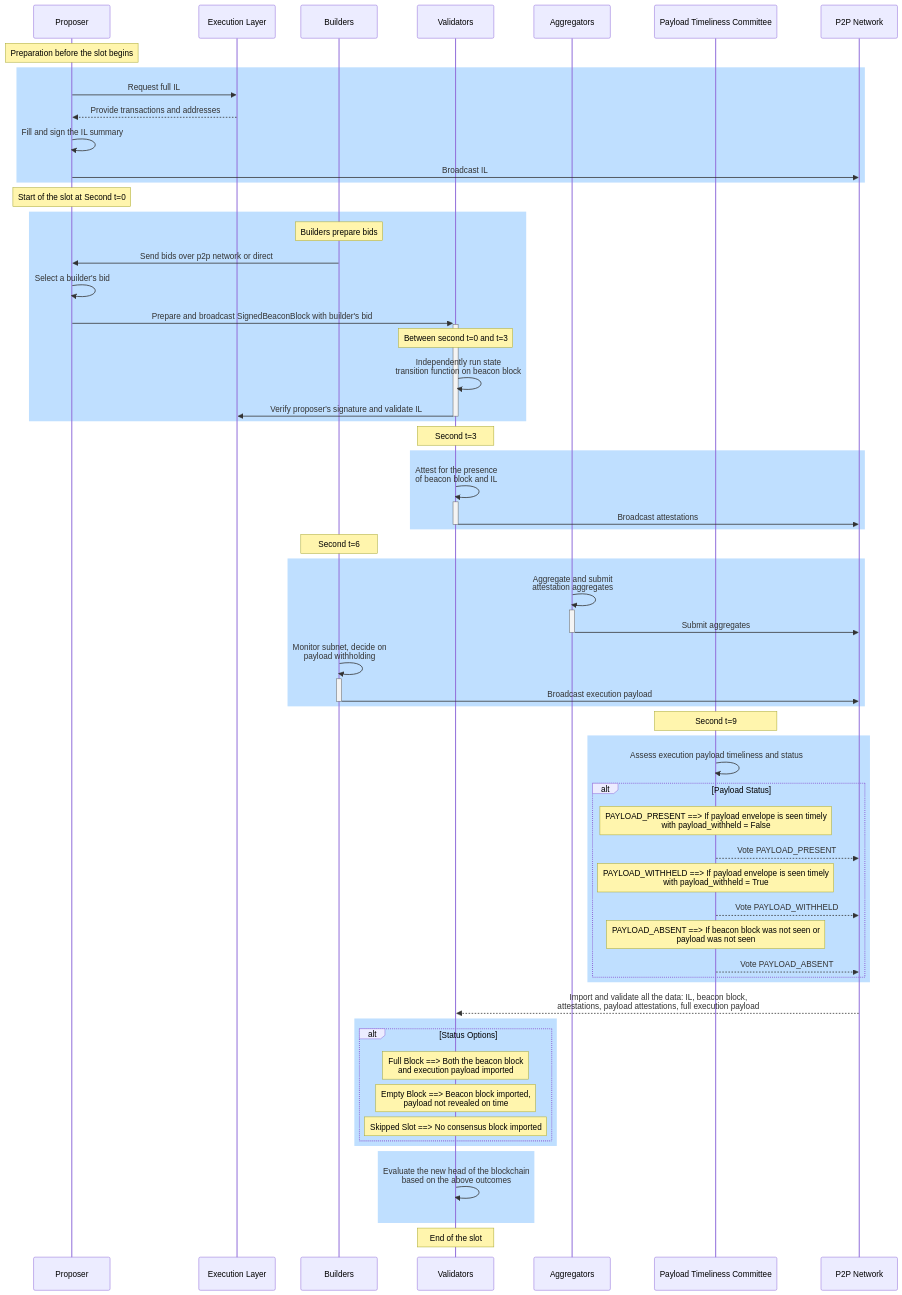
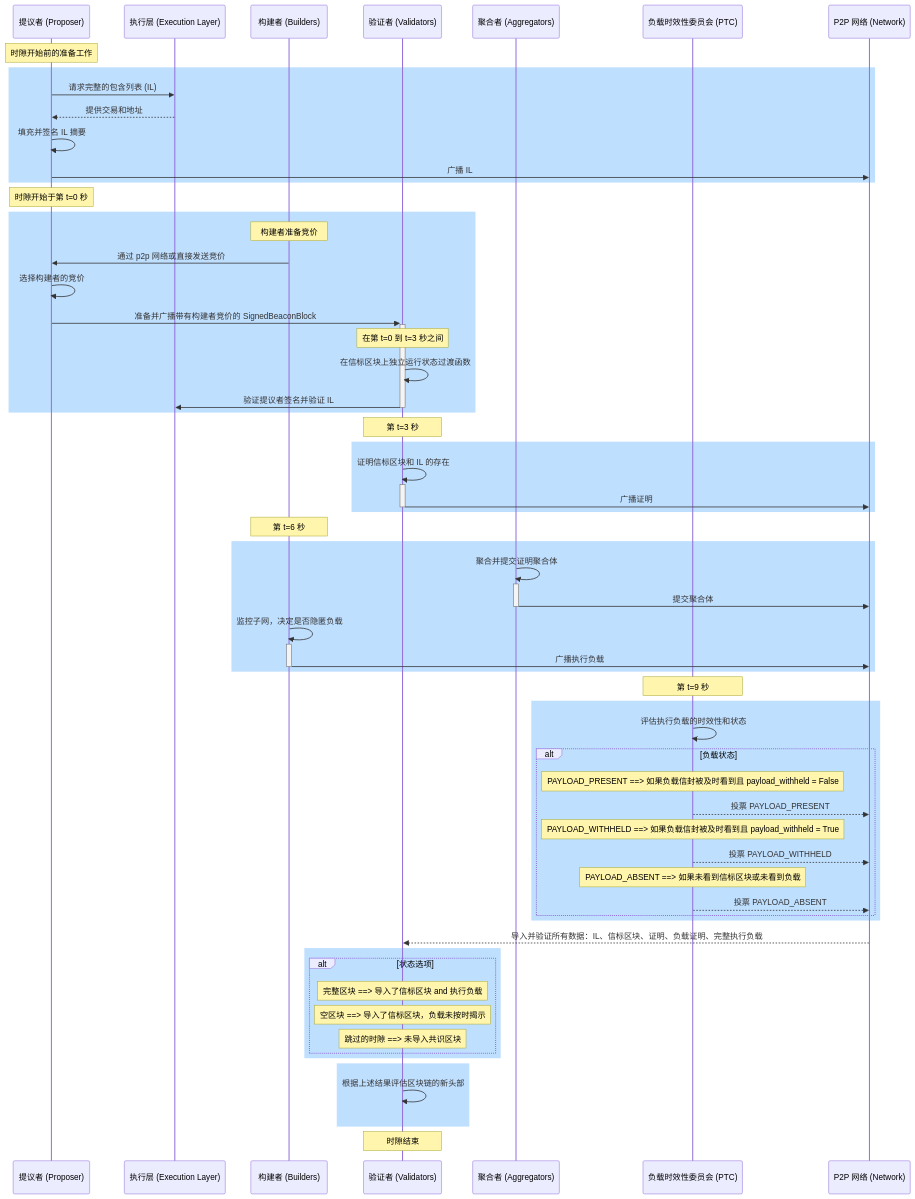
Before and after one commit to Carl040814/knowledge-base: the diagram in epf/research/PBS/ePBS-Specs.md, drawn with Mermaid. The commit also changed other lines of this file and 74 other files, not shown here.

````diff
--- a/epf/research/PBS/ePBS-Specs.md
+++ b/epf/research/PBS/ePBS-Specs.md
@@ -50,76 +45,70 @@
 ```mermaid
 sequenceDiagram
-    participant Proposer
-    participant EL as Execution Layer
-    participant Builders
-    participant Validators
-        participant Aggregators
-    participant PTC as Payload Timeliness Committee
-    participant Network as P2P Network
+    participant Proposer as 提议者 (Proposer)
+    participant EL as 执行层 (Execution Layer)
+    participant Builders as 构建者 (Builders)
+    participant Validators as 验证者 (Validators)
+    participant Aggregators as 聚合者 (Aggregators)
+    participant PTC as 负载时效性委员会 (PTC)
+    participant Network as P2P 网络 (Network)
 
-    
-    Note over Proposer: Preparation before the slot begins
+    Note over Proposer: 时隙开始前的准备工作
     rect rgb(191, 223, 255)
-    Proposer->>EL: Request full IL
-    EL-->>Proposer: Provide transactions and addresses
-    Proposer->>Proposer: Fill and sign the IL summary
-    Proposer->>Network: Broadcast IL
-
+    Proposer->>EL: 请求完整的包含列表 (IL)
+    EL-->>Proposer: 提供交易和地址
+    Proposer->>Proposer: 填充并签名 IL 摘要
+    Proposer->>Network: 广播 IL
     end
 
-    Note over Proposer: Start of the slot at Second t=0
+    Note over Proposer: 时隙开始于第 t=0 秒
     rect rgb(191, 223, 255)
-    Note over Builders: Builders prepare bids
-    Builders->>Proposer: Send bids over p2p network or direct
-    Proposer->>Proposer: Select a builder's bid
-
-    Proposer->>+Validators: Prepare and broadcast SignedBeaconBlock with builder's bid
-
-    Note over Validators: Between second t=0 and t=3
-    Validators->>Validators: Independently run state <br>transition function on beacon block
-    Validators->>-EL: Verify proposer's signature and validate IL
+    Note over Builders: 构建者准备竞价
+    Builders->>Proposer: 通过 p2p 网络或直接发送竞价
+    Proposer->>Proposer: 选择构建者的竞价
+    Proposer->>+Validators: 准备并广播带有构建者竞价的 SignedBeaconBlock
+    Note over Validators: 在第 t=0 到 t=3 秒之间
+    Validators->>Validators: 在信标区块上独立运行状态过渡函数
+    Validators->>-EL: 验证提议者签名并验证 IL
     end
 
-    Note over Validators: Second t=3
+    Note over Validators: 第 t=3 秒
     rect rgb(191, 223, 255)
-    Validators->>+Validators: Attest for the presence<br> of beacon block and IL
-    Validators->>-Network: Broadcast attestations    
+    Validators->>+Validators: 证明信标区块和 IL 的存在
+    Validators->>-Network: 广播证明
     end
 
-    Note over Builders: Second t=6
+    Note over Builders: 第 t=6 秒
     rect rgb(191, 223, 255)
-    Aggregators->>+Aggregators: Aggregate and submit<br> attestation aggregates
-    Aggregators->>-Network: Submit aggregates
+    Aggregators->>+Aggregators: 聚合并提交证明聚合体
+    Aggregators->>-Network: 提交聚合体
+    Builders->>+Builders: 监控子网，决定是否隐匿负载
+    Builders->>-Network: 广播执行负载
+    end
 
-    Builders->>+Builders: Monitor subnet, decide on<br> payload withholding
-    Builders->>-Network: Broadcast execution payload
-    end
-    
-
-    Note over PTC: Second t=9
+    Note over PTC: 第 t=9 秒
     rect rgb(191, 223, 255)
-    PTC->>PTC: Assess execution payload timeliness and status
-    alt Payload Status
-        Note over PTC: PAYLOAD_PRESENT ==> If payload envelope is seen timely <br>with payload_withheld = False
-        PTC-->>Network: Vote PAYLOAD_PRESENT
-        Note over PTC: PAYLOAD_WITHHELD ==> If payload envelope is seen timely <br>with payload_withheld = True
-        PTC-->>Network: Vote PAYLOAD_WITHHELD
-        Note over PTC: PAYLOAD_ABSENT ==> If beacon block was not seen or <br>payload was not seen 
-        PTC-->>Network: Vote PAYLOAD_ABSENT
+    PTC->>PTC: 评估执行负载的时效性和状态
+    alt 负载状态
+        Note over PTC: PAYLOAD_PRESENT ==> 如果负载信封被及时看到且 payload_withheld = False
+        PTC-->>Network: 投票 PAYLOAD_PRESENT
+        Note over PTC: PAYLOAD_WITHHELD ==> 如果负载信封被及时看到且 payload_withheld = True
+        PTC-->>Network: 投票 PAYLOAD_WITHHELD
+        Note over PTC: PAYLOAD_ABSENT ==> 如果未看到信标区块或未看到负载
+        PTC-->>Network: 投票 PAYLOAD_ABSENT
     end
     end
 
-    Network-->>Validators: Import and validate all the data: IL, beacon block, <br>attestations, payload attestations, full execution payload    
+    Network-->>Validators: 导入并验证所有数据：IL、信标区块、证明、负载证明、完整执行负载
     rect rgb(191, 223, 255)
-    alt Status Options
-        Note over Validators: Full Block ==> Both the beacon block <br>and execution payload imported
-        Note over Validators: Empty Block ==> Beacon block imported,<br> payload not revealed on time
-    
-        Note over Validators: Skipped Slot ==> No consensus block imported
+    alt 状态选项
+        Note over Validators: 完整区块 ==> 导入了信标区块 and 执行负载
+        Note over Validators: 空区块 ==> 导入了信标区块，负载未按时揭示
+        Note over Validators: 跳过的时隙 ==> 未导入共识区块
     end
     end
+
     rect rgb(191, 223, 255)
-    Validators->>Validators: Evaluate the new head of the blockchain<br> based on the above outcomes    
+    Validators->>Validators: 根据上述结果评估区块链的新头部
     end
-    Note over Validators: End of the slot
+    Note over Validators: 时隙结束
 ```
````
